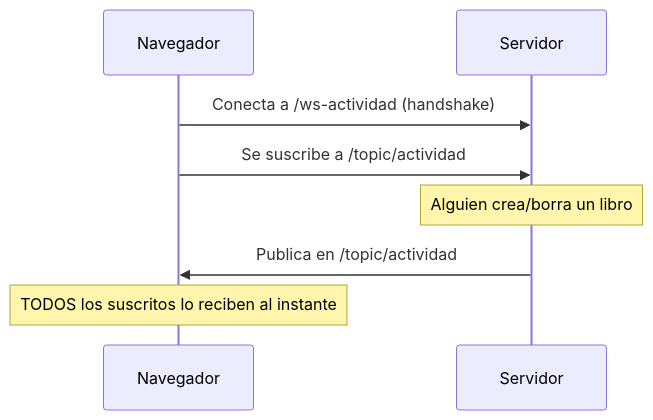
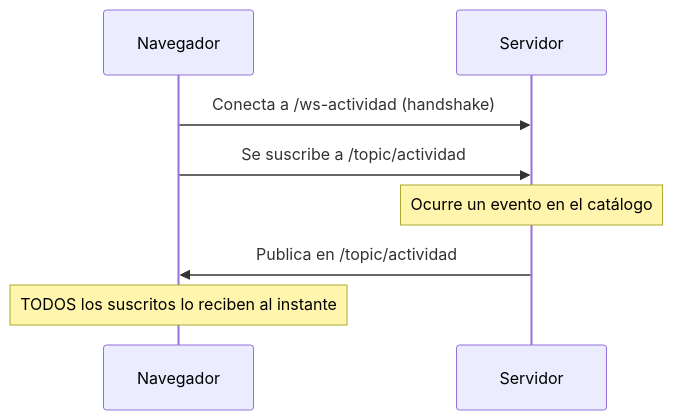
One commit to aitorventura/programacion-servicios-procesos changed the second of 2 diagrams in docs/tema4/websocket-stomp.md. Above: the diagram before and after it, drawn with Mermaid. The commit also changed other lines of this file and 5 other files, not shown here.

````diff
--- a/docs/tema4/websocket-stomp.md
+++ b/docs/tema4/websocket-stomp.md
@@ -73,10 +73,10 @@
 ```mermaid
 sequenceDiagram
     participant N as Navegador
     participant S as Servidor
     N->>S: Conecta a /ws-actividad (handshake)
     N->>S: Se suscribe a /topic/actividad
-    Note over S: Alguien crea/borra un libro
+    Note over S: Ocurre un evento en el catálogo
     S->>N: Publica en /topic/actividad
     Note over N: TODOS los suscritos lo reciben al instante
 ```
````
